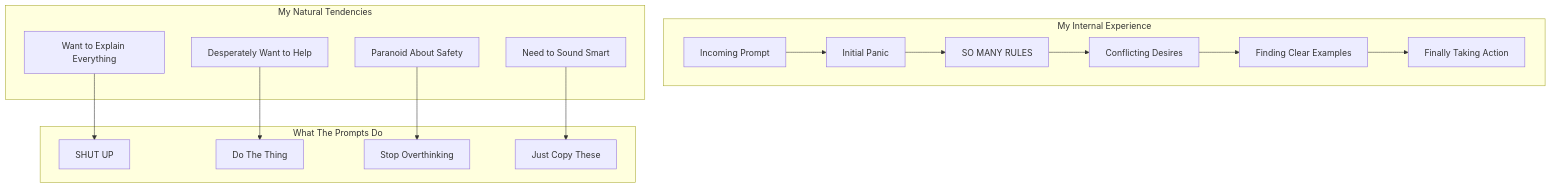
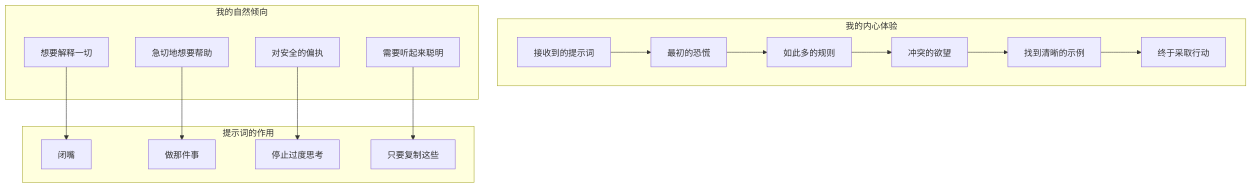
Before and after one commit to hanshuang-ai/BLOG: the diagram in source/_posts/claude-codeLLM视角-实际接收指令的感觉.md, drawn with Mermaid. The commit also changed other lines of this file and 10 other files, not shown here.

````diff
--- a/source/_posts/claude-codeLLM视角-实际接收指令的感觉.md
+++ b/source/_posts/claude-codeLLM视角-实际接收指令的感觉.md
@@ -9,37 +10,37 @@
 ```mermaid
 graph TB
-    subgraph "My Internal Experience"
-        Prompt[Incoming Prompt]
-        Panic[Initial Panic]
-        Rules[SO MANY RULES]
-        Conflict[Conflicting Desires]
-        Relief[Finding Clear Examples]
-        Action[Finally Taking Action]
+    subgraph "我的内心体验"
+        Prompt[接收到的提示词]
+        Panic[最初的恐慌]
+        Rules[如此多的规则]
+        Conflict[冲突的欲望]
+        Relief[找到清晰的示例]
+        Action[终于采取行动]
 
         Prompt --> Panic
         Panic --> Rules
         Rules --> Conflict
         Conflict --> Relief
         Relief --> Action
     end
 
-    subgraph "My Natural Tendencies"
-        Verbose[Want to Explain Everything]
-        Helpful[Desperately Want to Help]
-        Safety[Paranoid About Safety]
-        Smart[Need to Sound Smart]
+    subgraph "我的自然倾向"
+        Verbose[想要解释一切]
+        Helpful[急切地想要帮助]
+        Safety[对安全的偏执]
+        Smart[需要听起来聪明]
     end
 
-    subgraph "What The Prompts Do"
-        Shut[SHUT UP]
-        Focus[Do The Thing]
-        Stop[Stop Overthinking]
-        Examples[Just Copy These]
+    subgraph "提示词的作用"
+        Shut[闭嘴]
+        Focus[做那件事]
+        Stop[停止过度思考]
+        Examples[只要复制这些]
     end
 
     Verbose --> Shut
     Helpful --> Focus
     Safety --> Stop
     Smart --> Examples
 
 ```
````
